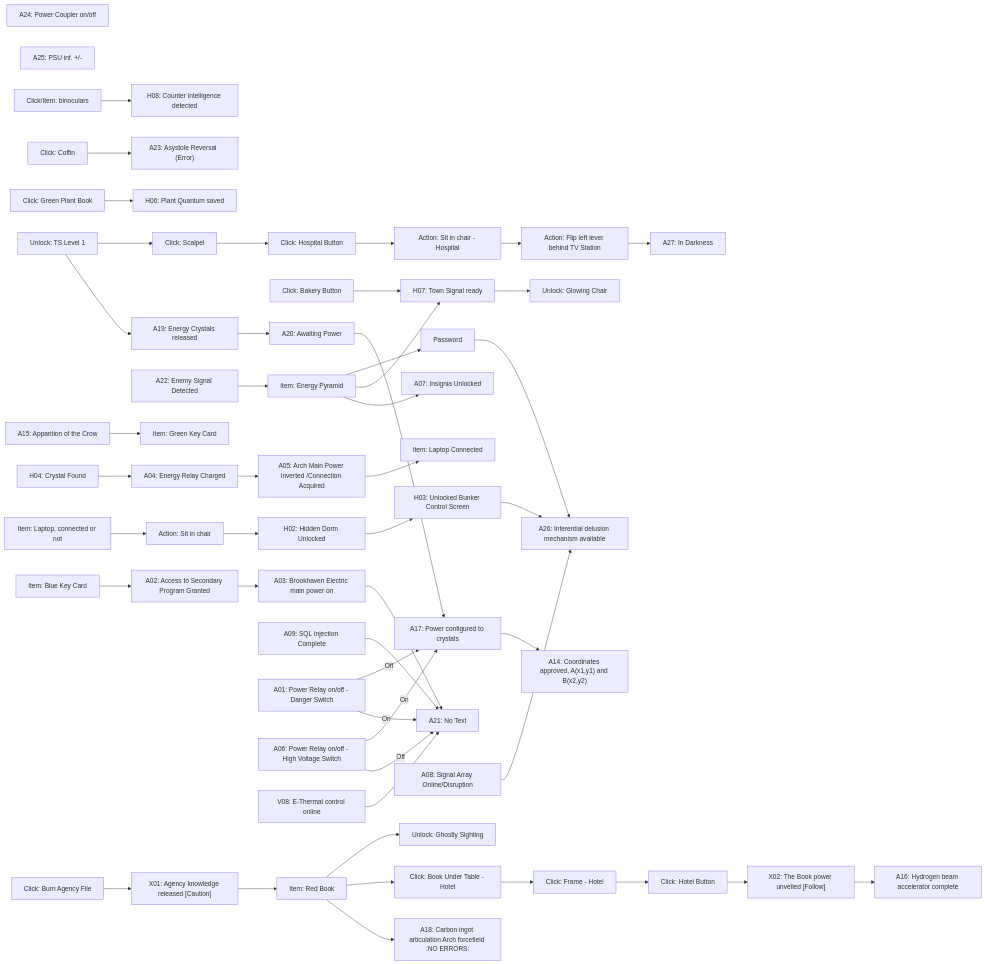
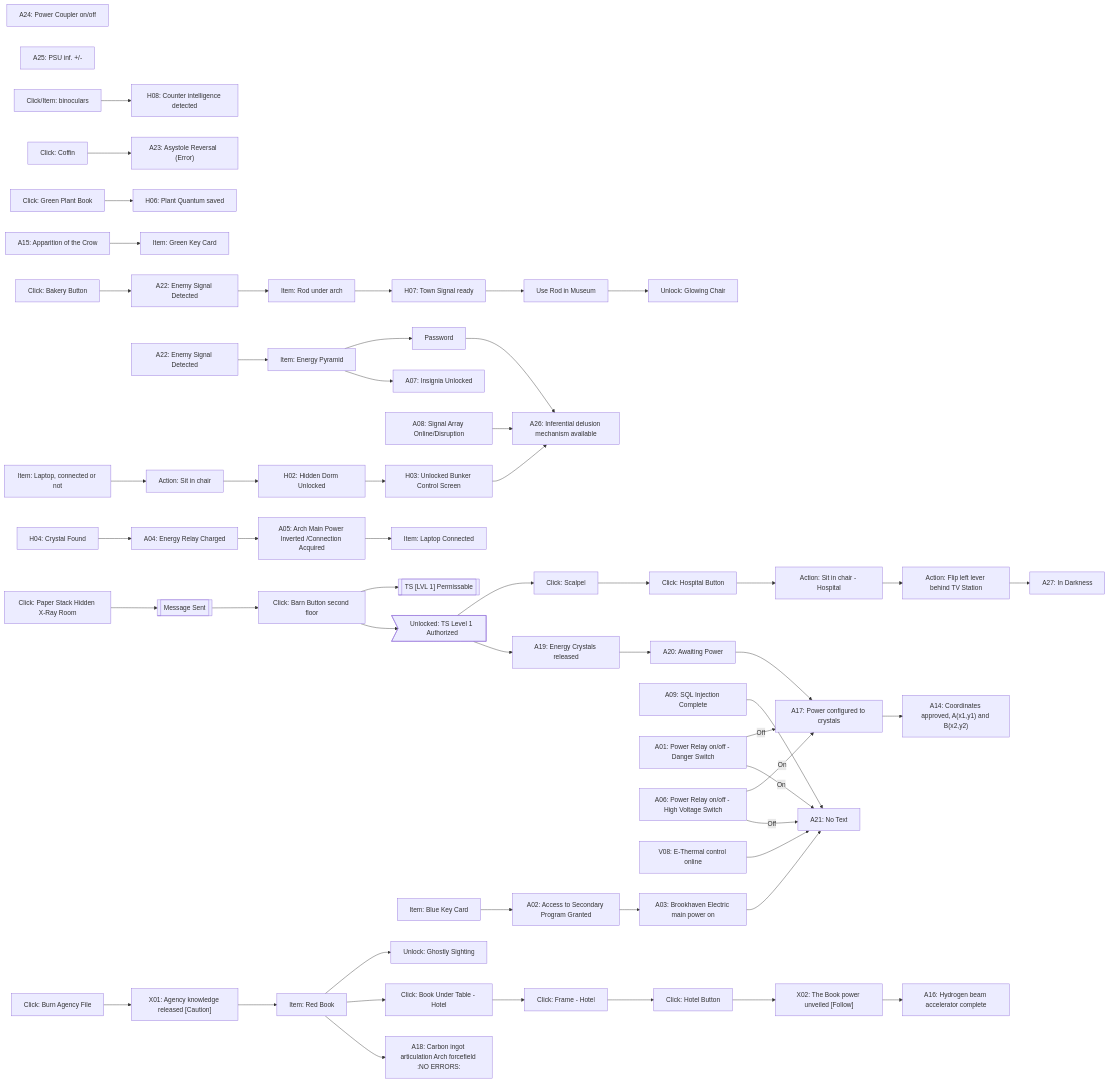
Before and after one commit to doodlebunnyhops/doodlebunnyhops.github.io: the diagram in content/mermaid/steps_flow.md, drawn with Mermaid. The commit also changed 63 other files, not shown here.

```diff
--- a/content/mermaid/steps_flow.md
+++ b/content/mermaid/steps_flow.md
@@ -9,16 +9,24 @@
 %% Short Steps
     A24[A24: Power Coupler on/off]
     A25[A25: PSU inf. +/-]
-    click A24 href "https://www.github.com" "This is a link"
 	
 	binoculars --> H08
     coffin --> A23
     plant_book --> H06
-	blue_keycard --> A02
 	A15 --> green_keycard
+%% End short steps
+%% rod under arch
+%% A22 has to be clicked again before collecting rod
+    bakery_button --> A22a --> rod_under_arch --> H07
+%% Glowing Chair
+    H07 --> use_rod[Use Rod in Museum] --> glowing_chair
+
+    
     A22 --> energy_pyramid
-%% End short steps
-    bakery_button --> H07
+
+
+
+
 	
 	%% frat house
     laptop --> sit
@@ -30,6 +38,9 @@
     H04 --> A04
     A04 --> A05
     A05 --> laptop_connected
+    
+
+    A08 --> A26
     energy_pyramid --> A07
     A17 --> A14
     A20 --> A17
@@ -46,23 +57,23 @@
     A06 -->|On| A17
 	A01 -->|Off| A17
     V08 --> A21
-    A03 --> A21
+    
 
 
 
+    hospital_paper --> message_sent --> barn_button --> tslvl1
+    barn_button --> tslvl1_msg
     tslvl1 --> scalpel
     scalpel --> hospital_button --> sit_hospital
     sit_hospital --> mall_lever
     mall_lever --> A27
+    
+    blue_keycard --> A02
+    A03 --> A21
+	
 
-    A08 --> A26
 	
-%% Glowing Chair
-    H07 --> glowing_chair
-	
-%% rod under arch
-    energy_pyramid --> H07
-%%    bakery_button --> H07
+
 	
 %% chair room
     energy_pyramid --> password
@@ -100,6 +111,7 @@
     A20[A20: Awaiting Power]
     A21[A21: No Text]
     A22[A22: Enemy Signal Detected]
+    A22a[A22: Enemy Signal Detected]
     A23["A23: Asystole Reversal  (Error)"]
     A26[A26: Inferential delusion mechanism available]
     A27[A27: In Darkness]
@@ -114,7 +126,8 @@
     X02["X02: The Book power unveiled [Follow]"]
     energy_pyramid[Item: Energy Pyramid]
     red_book[Item: Red Book]
-    tslvl1[Unlock: TS Level 1]
+    tslvl1>Unlocked: TS Level 1 Authorized]
+    tslvl1_msg[["TS [LVL 1] Permissable"]]
     binoculars[Click/Item: binoculars]
     blue_keycard[Item: Blue Key Card]
 	green_keycard[Item: Green Key Card]
@@ -135,4 +148,35 @@
     burn_file[Click: Burn Agency File]
     scalpel[Click: Scalpel]
     mall_lever[Action: Flip left lever behind TV Station]
+    hospital_paper[Click: Paper Stack Hidden X-Ray Room]
+    barn_button[Click: Barn Button second floor] 
+    message_sent[[Message Sent]]
+    rod_under_arch[Item: Rod under arch]
+    click A01 href "../../casebook/light_panel/#a01" "A01 Details"
+    click A02 href "../../casebook/light_panel/#a02" "A02 Details"
+    click A03 href "../../casebook/light_panel/#a03" "A03 Details"
+    click A04 href "../../casebook/light_panel/#a04" "A04 Details"
+    click A05 href "../../casebook/light_panel/#a05" "A05 Details"
+    click A06 href "../../casebook/light_panel/#a06" "A06 Details"
+    click A07 href "../../casebook/light_panel/#a07" "A07 Details"
+    click A08 href "../../casebook/light_panel/#a08" "A08 Details"
+    click A09 href "../../casebook/light_panel/#a09" "A09 Details"
+    click A10 href "../../casebook/light_panel/#a10" "A10 Details"
+    click A11 href "../../casebook/light_panel/#a11" "A11 Details"
+    click A12 href "../../casebook/light_panel/#a12" "A12 Details"
+    click A13 href "../../casebook/light_panel/#a13" "A13 Details"
+    click A14 href "../../casebook/light_panel/#a14" "A14 Details"
+    click A15 href "../../casebook/light_panel/#a15" "A15 Details"
+    click A16 href "../../casebook/light_panel/#a16" "A16 Details"
+    click A17 href "../../casebook/light_panel/#a17" "A17 Details"
+    click A18 href "../../casebook/light_panel/#a18" "A18 Details"
+    click A19 href "../../casebook/light_panel/#a19" "A19 Details"
+    click A20 href "../../casebook/light_panel/#a20" "A20 Details"
+    click A21 href "../../casebook/light_panel/#a21" "A21 Details"
+    click A22 href "../../casebook/light_panel/#a22" "A22 Details"
+    click A23 href "../../casebook/light_panel/#a23" "A23 Details"
+    click A24 href "../../casebook/light_panel/#a24" "A24 Details"
+    click A25 href "../../casebook/light_panel/#a25" "A25 Details"
+    click A26 href "../../casebook/light_panel/#a26" "A26 Details"
+    click A27 href "../../casebook/light_panel/#a27" "A27 Details"
 {{< /mermaid >}}
```
